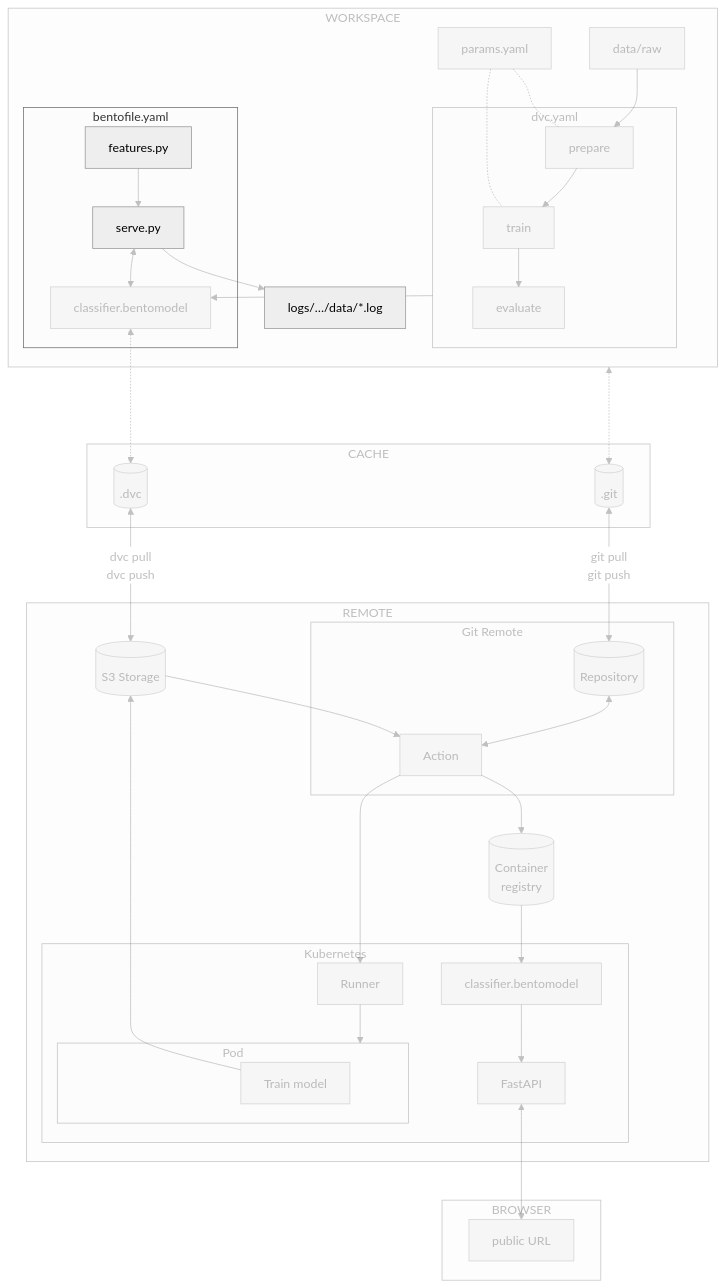
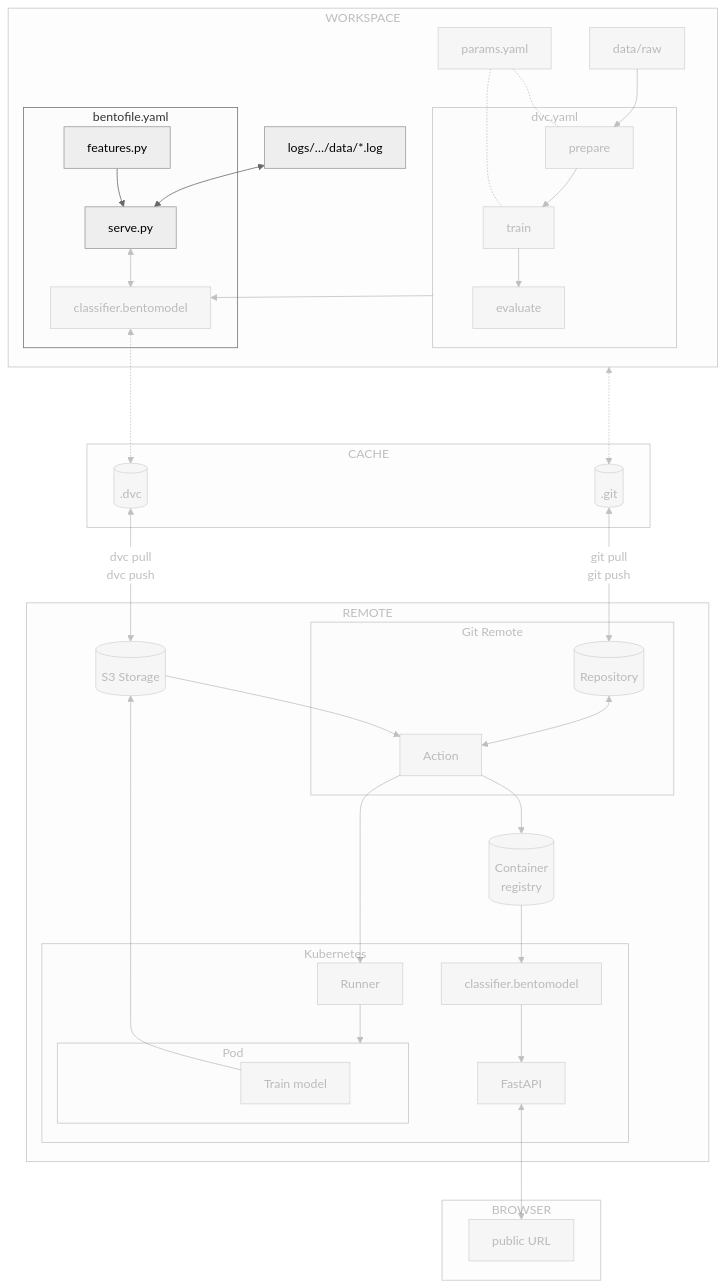
One commit to swiss-ai-center/a-guide-to-mlops changed the diagram in docs/part-4-monitor-and-maintain/chapter-41-log-predictions-and-features-locally.md. Above: the diagram before and after it, drawn with Mermaid (neutral theme). The commit also changed other lines of this file and 6 other files, not shown here.

```diff
--- a/docs/part-4-monitor-and-maintain/chapter-41-log-predictions-and-features-locally.md
+++ b/docs/part-4-monitor-and-maintain/chapter-41-log-predictions-and-features-locally.md
@@ -34,12 +34,11 @@
     end
 
     subgraph workspaceGraph[WORKSPACE]
-        dvcGraph --> bento_model[classifier.bentomodel]
+        drift_logs["logs/…/data/*.log"] <--> serve
         subgraph bentoGraph[bentofile.yaml]
-            serve[serve.py] <--> bento_model
+            serve[serve.py] <--> bento_model[classifier.bentomodel]
             features[features.py] --> serve
         end
-        serve --> drift_logs["logs/…/data/*.log"]
         bento_model <-.-> dot_dvc
 
         data --> prepare
@@ -49,6 +48,7 @@
         end
         params -.- train
         params[params.yaml] -.- prepare
+        dvcGraph --> bento_model
     end
 
     subgraph remoteGraph[REMOTE]
@@ -104,9 +104,7 @@
     linkStyle 0 opacity:0.4,color:#7f7f7f80
     linkStyle 1 opacity:0.4,color:#7f7f7f80
     linkStyle 2 opacity:0.4,color:#7f7f7f80
-    linkStyle 3 opacity:0.4,color:#7f7f7f80
     linkStyle 4 opacity:0.4,color:#7f7f7f80
-    linkStyle 5 opacity:0.4,color:#7f7f7f80
     linkStyle 6 opacity:0.4,color:#7f7f7f80
     linkStyle 7 opacity:0.4,color:#7f7f7f80
     linkStyle 8 opacity:0.4,color:#7f7f7f80
```
